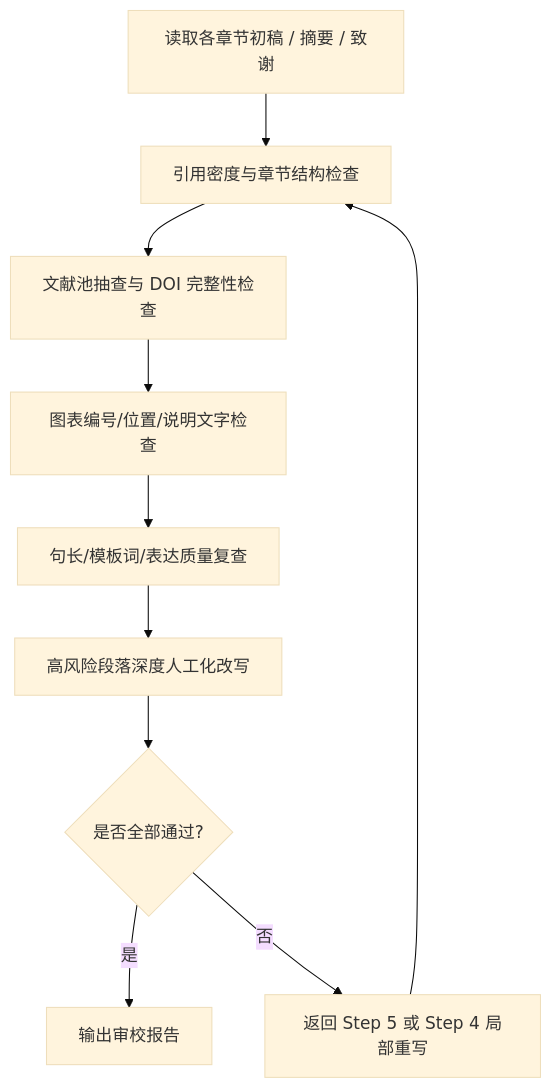
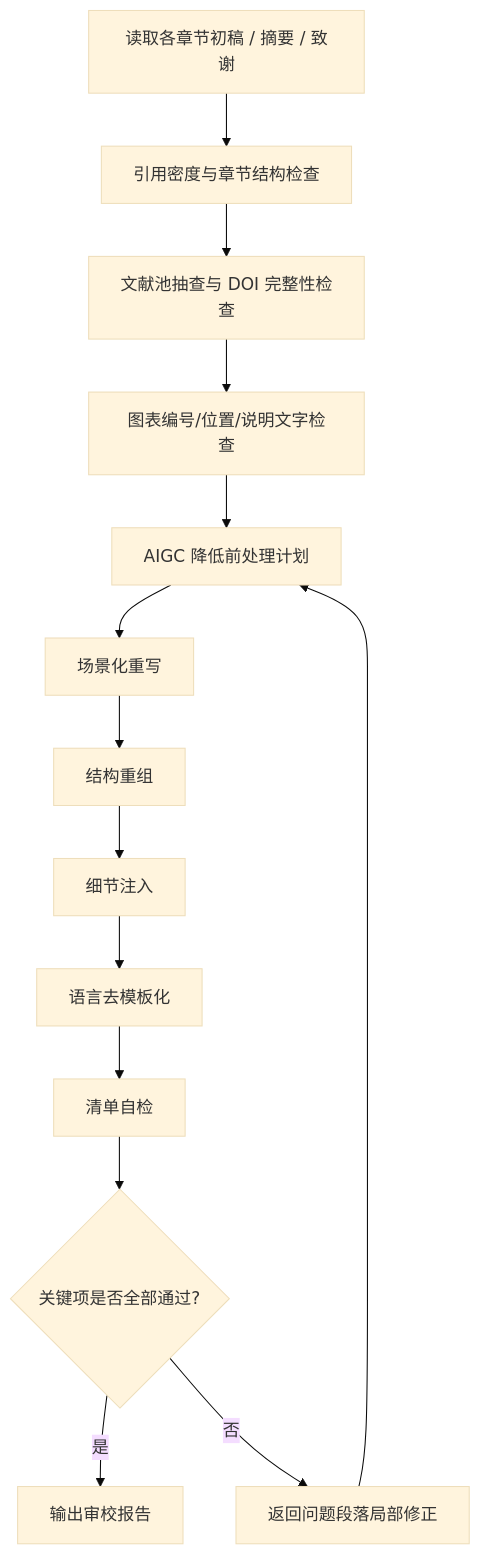
The diagram in workflows/step_6_review_polish.md (Stars-OC/thesis-creator), drawn with Mermaid (base theme) before and after one commit. The commit also changed other lines of this file and 5 other files, not shown here.

````diff
--- a/workflows/step_6_review_polish.md
+++ b/workflows/step_6_review_polish.md
@@ -27,12 +27,16 @@
 ```mermaid
 flowchart TD
     A[读取各章节初稿 / 摘要 / 致谢] --> B[引用密度与章节结构检查]
     B --> C[文献池抽查与 DOI 完整性检查]
     C --> D[图表编号/位置/说明文字检查]
-    D --> E[句长/模板词/表达质量复查]
-    E --> F[高风险段落深度人工化改写]
-    F --> G{是否全部通过?}
-    G -->|是| H[输出审校报告]
-    G -->|否| I[返回 Step 5 或 Step 4 局部重写]
-    I --> B
+    D --> E[AIGC 降低前处理计划]
+    E --> F[场景化重写]
+    F --> G[结构重组]
+    G --> H[细节注入]
+    H --> I[语言去模板化]
+    I --> J[清单自检]
+    J --> K{关键项是否全部通过?}
+    K -->|是| L[输出审校报告]
+    K -->|否| M[返回问题段落局部修正]
+    M --> E
 ```
````
